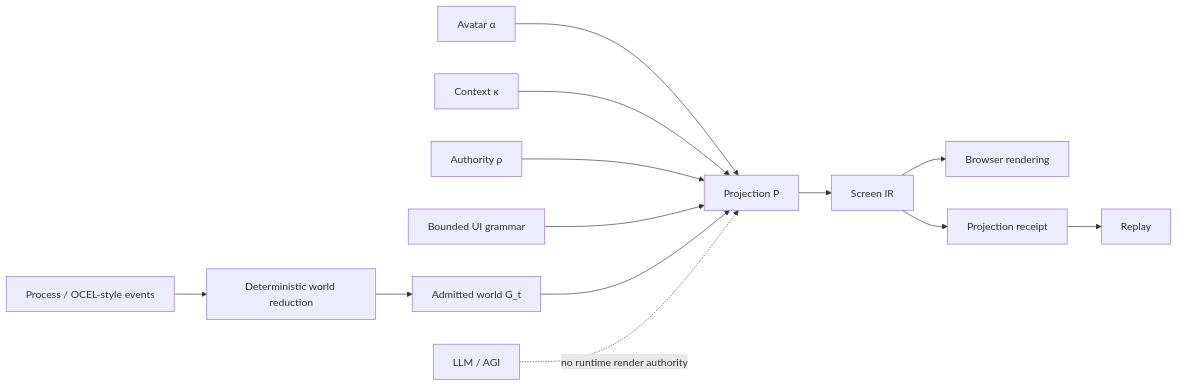
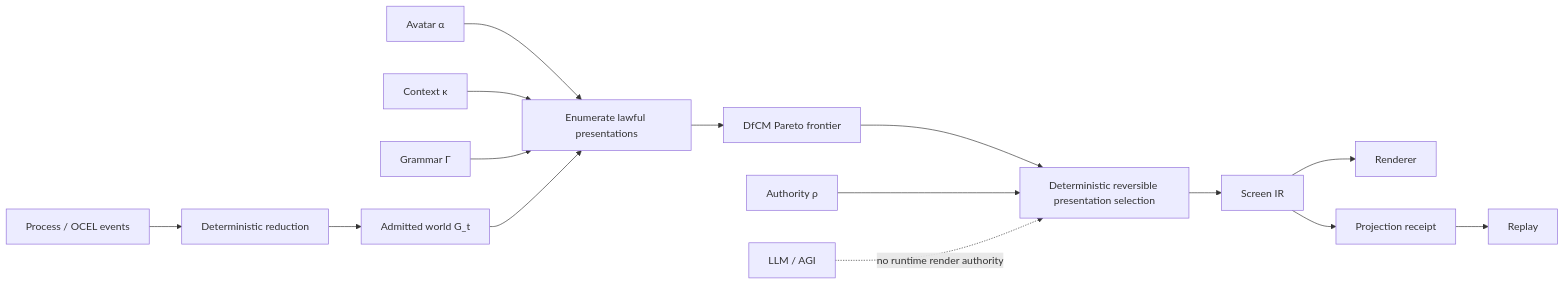
Before and after one commit to seanchatmangpt/wasm4pm: the first of 4 diagrams in docs/deterministic-dynamic-ui.md, drawn with Mermaid. The commit also changed other lines of this file, not shown here.

Commit message:
docs(dd-ui): close DfCM deterministic UI doctrine

````diff
--- a/docs/deterministic-dynamic-ui.md
+++ b/docs/deterministic-dynamic-ui.md
@@ -15,15 +19,17 @@
 ```mermaid
 flowchart LR
-  Events[Process / OCEL-style events] --> Reduce[Deterministic world reduction]
+  Events[Process / OCEL events] --> Reduce[Deterministic reduction]
   Reduce --> G[Admitted world G_t]
-  Avatar[Avatar α] --> P
-  Context[Context κ] --> P
-  Authority[Authority ρ] --> P
-  Grammar[Bounded UI grammar] --> P
-  G --> P[Projection P]
-  P --> Screen[Screen IR]
-  Screen --> Render[Browser rendering]
+  Avatar[Avatar α] --> Enum
+  Context[Context κ] --> Enum
+  Grammar[Grammar Γ] --> Enum[Enumerate lawful presentations]
+  G --> Enum
+  Enum --> Frontier[DfCM Pareto frontier]
+  Frontier --> Project[Deterministic reversible presentation selection]
+  Authority[Authority ρ] --> Project
+  Project --> Screen[Screen IR]
+  Screen --> Render[Renderer]
   Screen --> Receipt[Projection receipt]
   Receipt --> Replay[Replay]
-  LLM[LLM / AGI] -. no runtime render authority .-> P
+  LLM[LLM / AGI] -. no runtime render authority .-> Project
 ```
````
